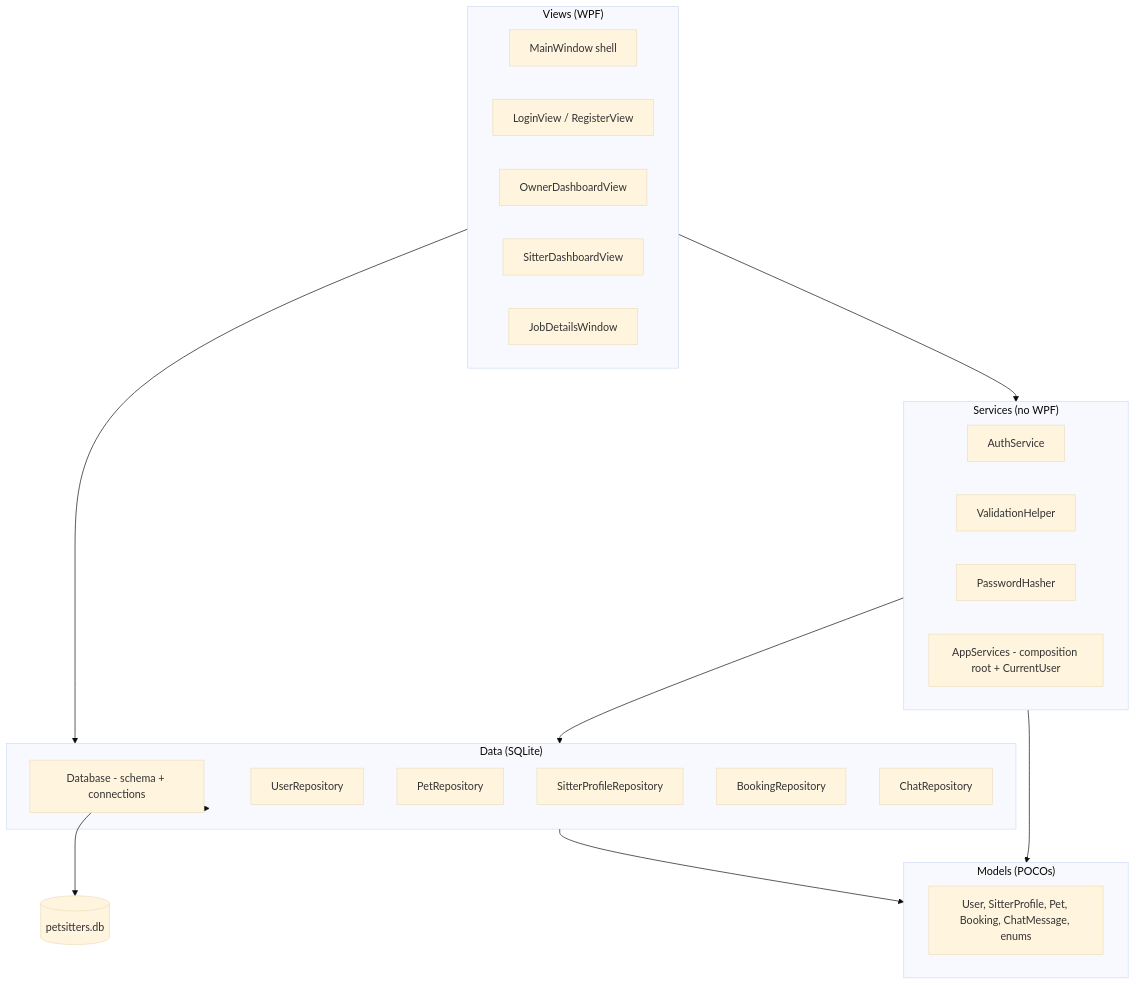
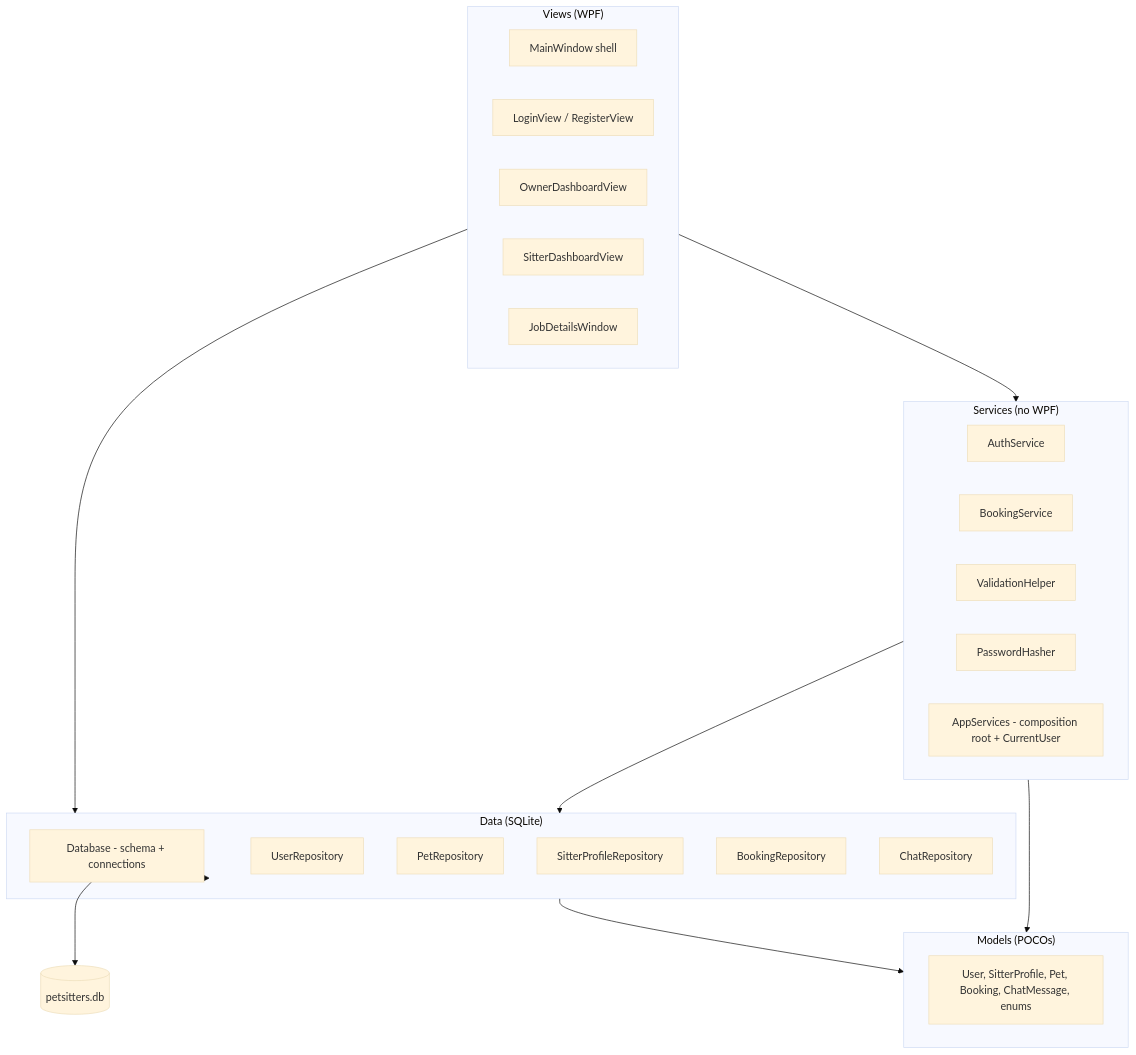
Before and after one commit to Misterdynamite/PetSitters: the first of 3 diagrams in docs/Architecture.md, drawn with Mermaid (base theme). The commit also changed other lines of this file and 4 other files, not shown here.

````diff
--- a/docs/Architecture.md
+++ b/docs/Architecture.md
@@ -53,35 +53,36 @@
 ```mermaid
 flowchart TD
     subgraph UI["Views (WPF)"]
         MW[MainWindow shell]
         LV[LoginView / RegisterView]
         OD[OwnerDashboardView]
         SD[SitterDashboardView]
         JD[JobDetailsWindow]
     end
     subgraph SVC["Services (no WPF)"]
         AS[AuthService]
+        BS[BookingService]
         VH[ValidationHelper]
         PH[PasswordHasher]
         APP[AppServices - composition root + CurrentUser]
     end
     subgraph DATA["Data (SQLite)"]
         DB[Database - schema + connections]
         UR[UserRepository]
         PR[PetRepository]
         SPR[SitterProfileRepository]
         BR[BookingRepository]
         CR[ChatRepository]
     end
     subgraph MODELS["Models (POCOs)"]
         M[User, SitterProfile, Pet, Booking, ChatMessage, enums]
     end
 
     UI --> SVC
     UI --> DATA
     SVC --> DATA
     DATA --> DB
     DATA --> MODELS
     SVC --> MODELS
     DB --> SQLiteFile[(petsitters.db)]
 ```
````
